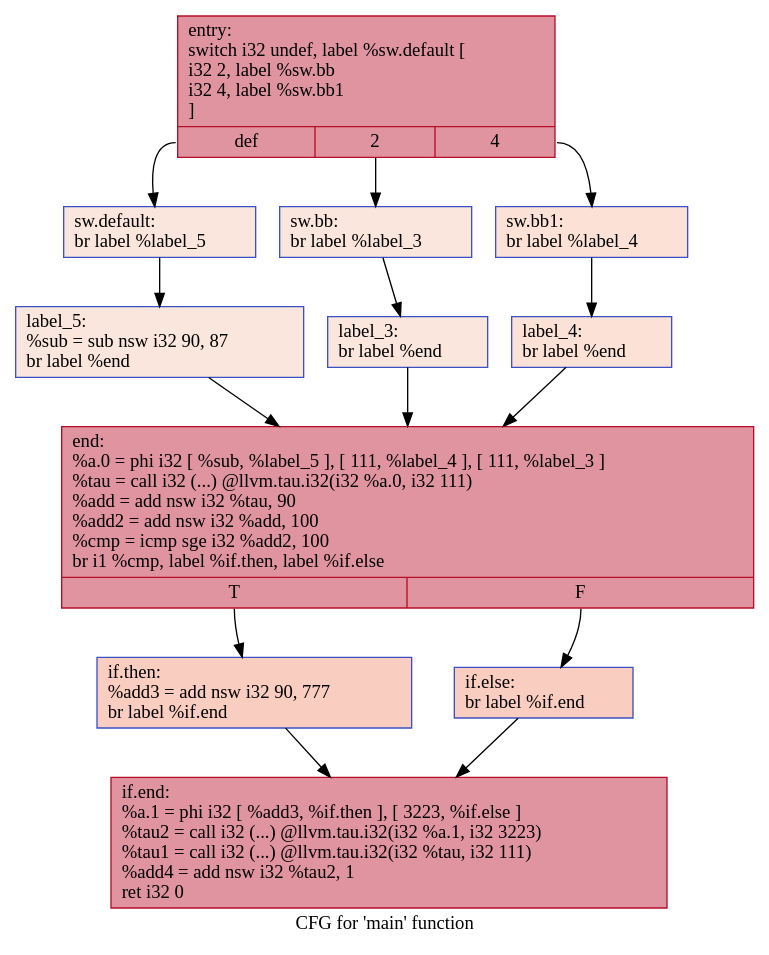
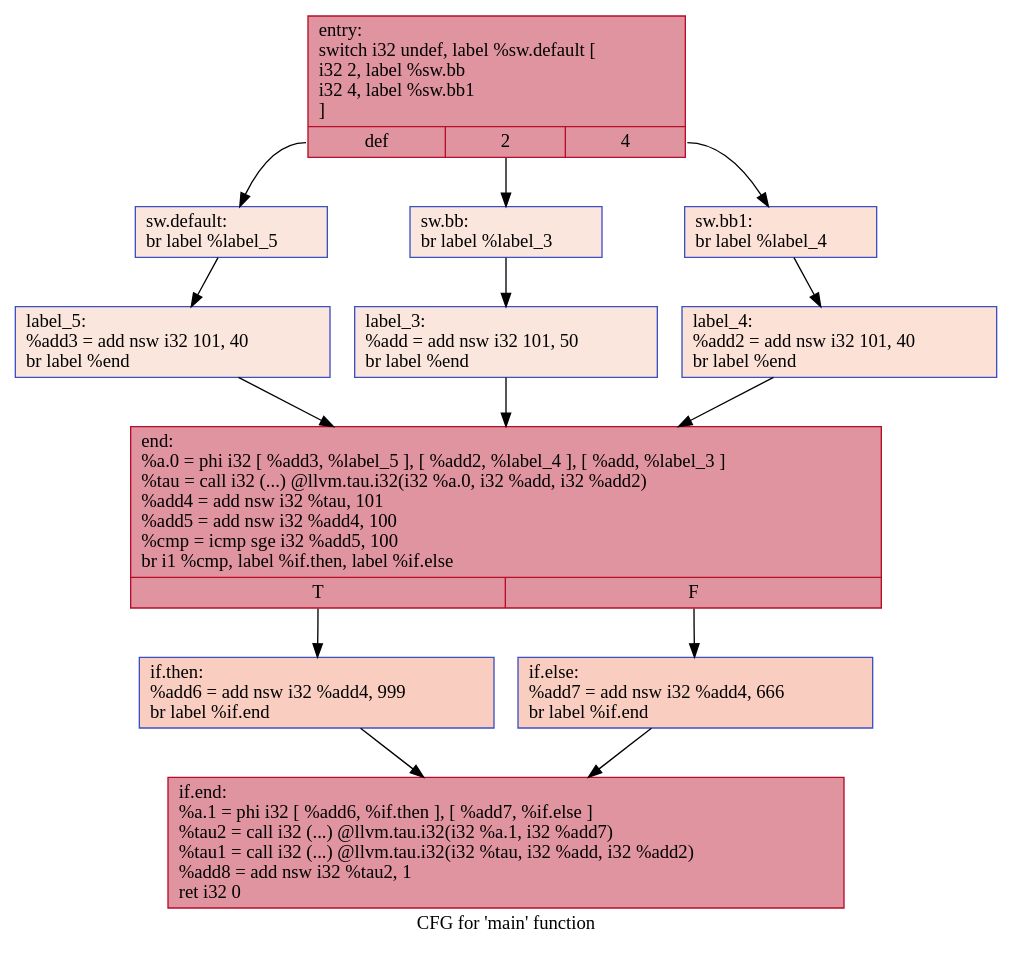
Before and after one commit to HPSSA-LLVM/HPSSA-LLVM: the diagram in IR/cfg/afterHPSSA.dot, drawn with Graphviz. The commit also changed 22 other files, not shown here.

```diff
--- a/IR/cfg/afterHPSSA.dot
+++ b/IR/cfg/afterHPSSA.dot
@@ -1,28 +1,28 @@
 digraph "CFG for 'main' function" {
 	label="CFG for 'main' function";
 
-	Node0x5597a2e50920 [shape=record,color="#b70d28ff", style=filled, fillcolor="#b70d2870",label="{entry:\l  switch i32 undef, label %sw.default [\l    i32 2, label %sw.bb\l    i32 4, label %sw.bb1\l  ]\l|{<s0>def|<s1>2|<s2>4}}"];
-	Node0x5597a2e50920:s0 -> Node0x5597a2e50e80;
-	Node0x5597a2e50920:s1 -> Node0x5597a2e50f00;
-	Node0x5597a2e50920:s2 -> Node0x5597a2e50fa0;
-	Node0x5597a2e50f00 [shape=record,color="#3d50c3ff", style=filled, fillcolor="#f3c7b170",label="{sw.bb:                                            \l  br label %label_3\l}"];
-	Node0x5597a2e50f00 -> Node0x5597a2e51130;
-	Node0x5597a2e50fa0 [shape=record,color="#3d50c3ff", style=filled, fillcolor="#f7bca170",label="{sw.bb1:                                           \l  br label %label_4\l}"];
-	Node0x5597a2e50fa0 -> Node0x5597a2e51210;
-	Node0x5597a2e50e80 [shape=record,color="#3d50c3ff", style=filled, fillcolor="#f3c7b170",label="{sw.default:                                       \l  br label %label_5\l}"];
-	Node0x5597a2e50e80 -> Node0x5597a2e512f0;
-	Node0x5597a2e51130 [shape=record,color="#3d50c3ff", style=filled, fillcolor="#f3c7b170",label="{label_3:                                          \l  br label %end\l}"];
-	Node0x5597a2e51130 -> Node0x5597a2e513d0;
-	Node0x5597a2e51210 [shape=record,color="#3d50c3ff", style=filled, fillcolor="#f7bca170",label="{label_4:                                          \l  br label %end\l}"];
-	Node0x5597a2e51210 -> Node0x5597a2e513d0;
-	Node0x5597a2e512f0 [shape=record,color="#3d50c3ff", style=filled, fillcolor="#f3c7b170",label="{label_5:                                          \l  %sub = sub nsw i32 90, 87\l  br label %end\l}"];
-	Node0x5597a2e512f0 -> Node0x5597a2e513d0;
-	Node0x5597a2e513d0 [shape=record,color="#b70d28ff", style=filled, fillcolor="#b70d2870",label="{end:                                              \l  %a.0 = phi i32 [ %sub, %label_5 ], [ 111, %label_4 ], [ 111, %label_3 ]\l  %tau = call i32 (...) @llvm.tau.i32(i32 %a.0, i32 111)\l  %add = add nsw i32 %tau, 90\l  %add2 = add nsw i32 %add, 100\l  %cmp = icmp sge i32 %add2, 100\l  br i1 %cmp, label %if.then, label %if.else\l|{<s0>T|<s1>F}}"];
-	Node0x5597a2e513d0:s0 -> Node0x5597a2e51d90;
-	Node0x5597a2e513d0:s1 -> Node0x5597a2e51e00;
-	Node0x5597a2e51d90 [shape=record,color="#3d50c3ff", style=filled, fillcolor="#f2907270",label="{if.then:                                          \l  %add3 = add nsw i32 90, 777\l  br label %if.end\l}"];
-	Node0x5597a2e51d90 -> Node0x5597a2e52000;
-	Node0x5597a2e51e00 [shape=record,color="#3d50c3ff", style=filled, fillcolor="#f2907270",label="{if.else:                                          \l  br label %if.end\l}"];
-	Node0x5597a2e51e00 -> Node0x5597a2e52000;
-	Node0x5597a2e52000 [shape=record,color="#b70d28ff", style=filled, fillcolor="#b70d2870",label="{if.end:                                           \l  %a.1 = phi i32 [ %add3, %if.then ], [ 3223, %if.else ]\l  %tau2 = call i32 (...) @llvm.tau.i32(i32 %a.1, i32 3223)\l  %tau1 = call i32 (...) @llvm.tau.i32(i32 %tau, i32 111)\l  %add4 = add nsw i32 %tau2, 1\l  ret i32 0\l}"];
+	Node0x56322628e9a0 [shape=record,color="#b70d28ff", style=filled, fillcolor="#b70d2870",label="{entry:\l  switch i32 undef, label %sw.default [\l    i32 2, label %sw.bb\l    i32 4, label %sw.bb1\l  ]\l|{<s0>def|<s1>2|<s2>4}}"];
+	Node0x56322628e9a0:s0 -> Node0x56322628ef00;
+	Node0x56322628e9a0:s1 -> Node0x56322628ef80;
+	Node0x56322628e9a0:s2 -> Node0x56322628f020;
+	Node0x56322628ef80 [shape=record,color="#3d50c3ff", style=filled, fillcolor="#f3c7b170",label="{sw.bb:                                            \l  br label %label_3\l}"];
+	Node0x56322628ef80 -> Node0x56322628f1b0;
+	Node0x56322628f020 [shape=record,color="#3d50c3ff", style=filled, fillcolor="#f7bca170",label="{sw.bb1:                                           \l  br label %label_4\l}"];
+	Node0x56322628f020 -> Node0x56322628f290;
+	Node0x56322628ef00 [shape=record,color="#3d50c3ff", style=filled, fillcolor="#f3c7b170",label="{sw.default:                                       \l  br label %label_5\l}"];
+	Node0x56322628ef00 -> Node0x56322628f370;
+	Node0x56322628f1b0 [shape=record,color="#3d50c3ff", style=filled, fillcolor="#f3c7b170",label="{label_3:                                          \l  %add = add nsw i32 101, 50\l  br label %end\l}"];
+	Node0x56322628f1b0 -> Node0x56322628f560;
+	Node0x56322628f290 [shape=record,color="#3d50c3ff", style=filled, fillcolor="#f7bca170",label="{label_4:                                          \l  %add2 = add nsw i32 101, 40\l  br label %end\l}"];
+	Node0x56322628f290 -> Node0x56322628f560;
+	Node0x56322628f370 [shape=record,color="#3d50c3ff", style=filled, fillcolor="#f3c7b170",label="{label_5:                                          \l  %add3 = add nsw i32 101, 40\l  br label %end\l}"];
+	Node0x56322628f370 -> Node0x56322628f560;
+	Node0x56322628f560 [shape=record,color="#b70d28ff", style=filled, fillcolor="#b70d2870",label="{end:                                              \l  %a.0 = phi i32 [ %add3, %label_5 ], [ %add2, %label_4 ], [ %add, %label_3 ]\l  %tau = call i32 (...) @llvm.tau.i32(i32 %a.0, i32 %add, i32 %add2)\l  %add4 = add nsw i32 %tau, 101\l  %add5 = add nsw i32 %add4, 100\l  %cmp = icmp sge i32 %add5, 100\l  br i1 %cmp, label %if.then, label %if.else\l|{<s0>T|<s1>F}}"];
+	Node0x56322628f560:s0 -> Node0x56322628feb0;
+	Node0x56322628f560:s1 -> Node0x56322628ff20;
+	Node0x56322628feb0 [shape=record,color="#3d50c3ff", style=filled, fillcolor="#f2907270",label="{if.then:                                          \l  %add6 = add nsw i32 %add4, 999\l  br label %if.end\l}"];
+	Node0x56322628feb0 -> Node0x563226290120;
+	Node0x56322628ff20 [shape=record,color="#3d50c3ff", style=filled, fillcolor="#f2907270",label="{if.else:                                          \l  %add7 = add nsw i32 %add4, 666\l  br label %if.end\l}"];
+	Node0x56322628ff20 -> Node0x563226290120;
+	Node0x563226290120 [shape=record,color="#b70d28ff", style=filled, fillcolor="#b70d2870",label="{if.end:                                           \l  %a.1 = phi i32 [ %add6, %if.then ], [ %add7, %if.else ]\l  %tau2 = call i32 (...) @llvm.tau.i32(i32 %a.1, i32 %add7)\l  %tau1 = call i32 (...) @llvm.tau.i32(i32 %tau, i32 %add, i32 %add2)\l  %add8 = add nsw i32 %tau2, 1\l  ret i32 0\l}"];
 }
```
